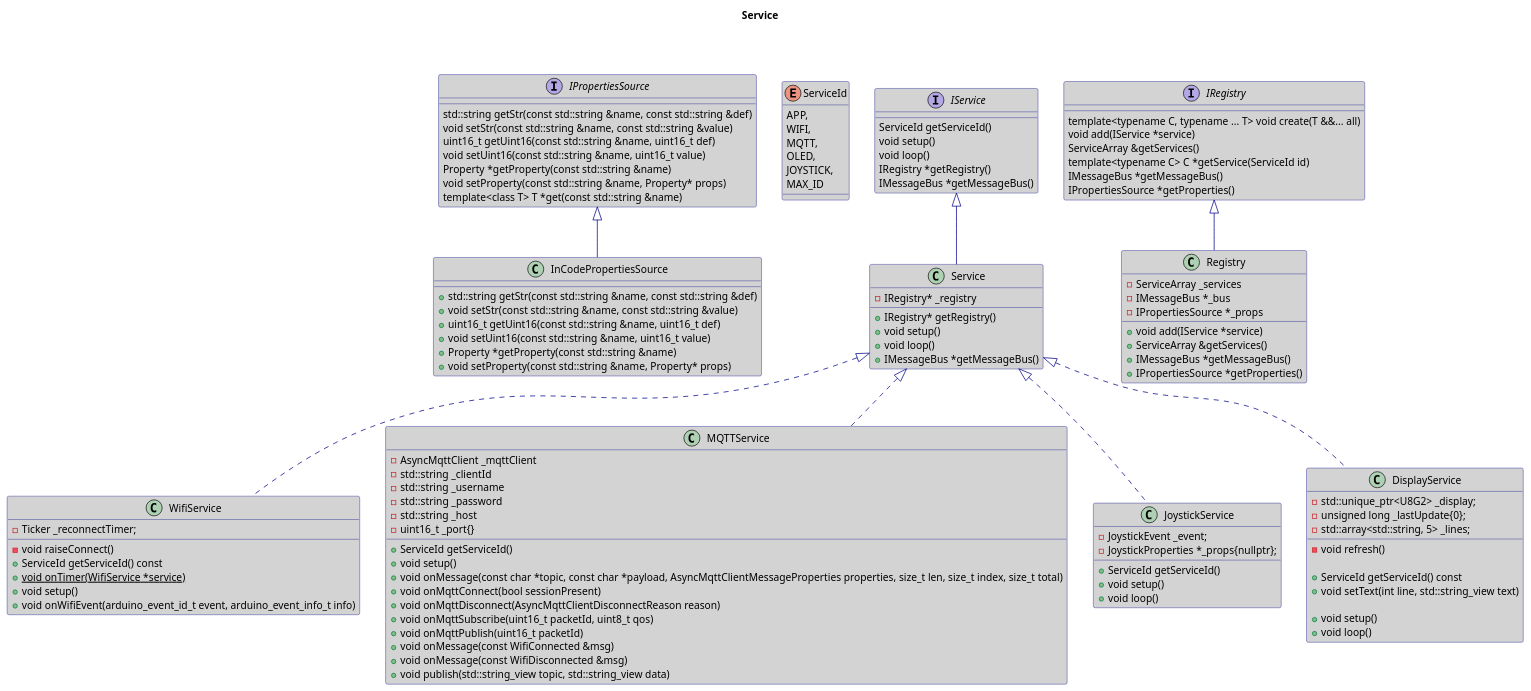
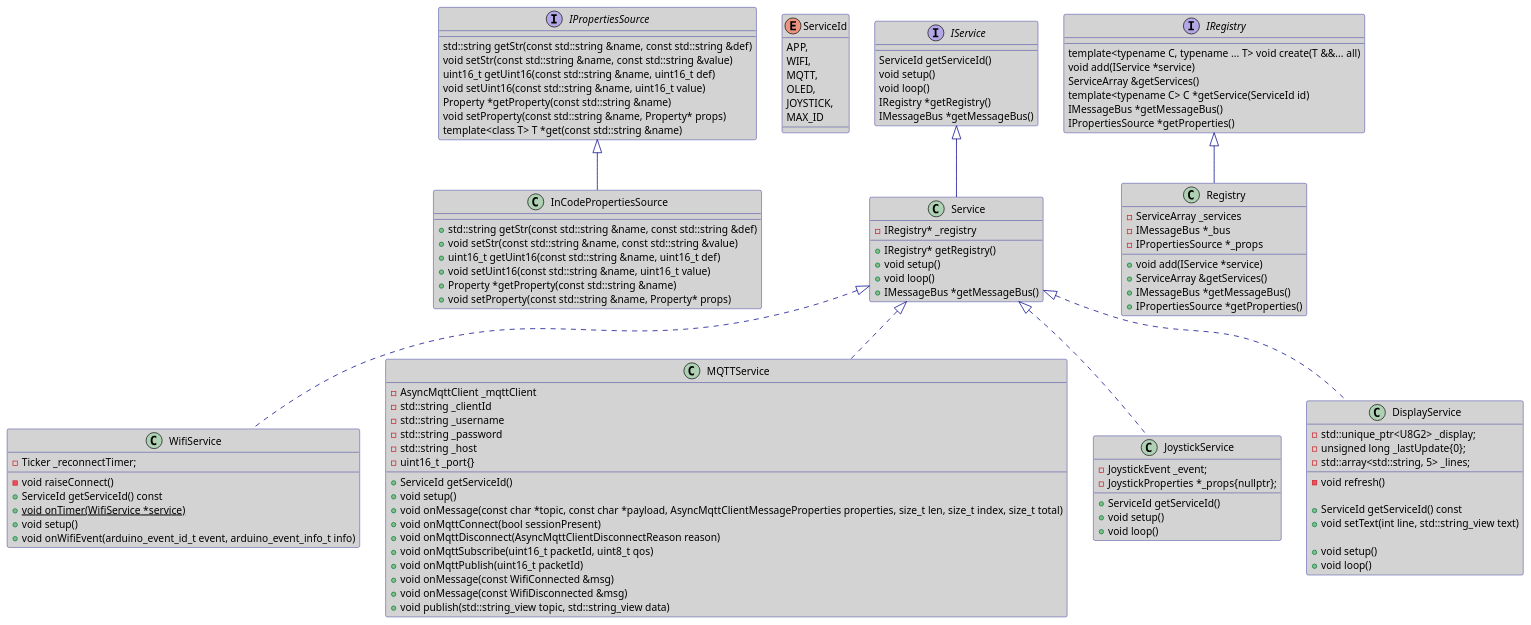
Before and after one commit to darvik80/esp32-core: the diagram in puml/Service.puml, drawn with PlantUML. The commit also changed 3 other files, not shown here.

```diff
--- a/puml/Service.puml
+++ b/puml/Service.puml
@@ -1,141 +1,139 @@
 @startuml
 
 skinparam backgroundColor White
 skinparam classBackgroundColor LightGray
 skinparam arrowColor DarkBlue
 skinparam classBorderColor DarkBlue
-
-title Service
 
 enum ServiceId {
     APP,
     WIFI,
     MQTT,
     OLED,
     JOYSTICK,
     MAX_ID
 }
 
 interface IService {
     ServiceId getServiceId()
     void setup()
     void loop()
     IRegistry *getRegistry()
     IMessageBus *getMessageBus()
 }
 
 interface IPropertiesSource {
     std::string getStr(const std::string &name, const std::string &def)
     void setStr(const std::string &name, const std::string &value)
     uint16_t getUint16(const std::string &name, uint16_t def)
     void setUint16(const std::string &name, uint16_t value)
     Property *getProperty(const std::string &name)
     void setProperty(const std::string &name, Property* props)
     template<class T> T *get(const std::string &name)
 }
 
 interface IRegistry {
     template<typename C, typename ... T> void create(T &&... all)
     void add(IService *service)
     ServiceArray &getServices()
     template<typename C> C *getService(ServiceId id)
     IMessageBus *getMessageBus()
     IPropertiesSource *getProperties()
 }
 
 class Service {
     -IRegistry* _registry
     +IRegistry* getRegistry()
     +void setup()
     +void loop()
     +IMessageBus *getMessageBus()
 }
 
 IService <|-- Service
 
 class InCodePropertiesSource {
     +std::string getStr(const std::string &name, const std::string &def)
     +void setStr(const std::string &name, const std::string &value)
     +uint16_t getUint16(const std::string &name, uint16_t def)
     +void setUint16(const std::string &name, uint16_t value)
     +Property *getProperty(const std::string &name)
     +void setProperty(const std::string &name, Property* props)
 }
 
 IPropertiesSource <|-- InCodePropertiesSource
 
 class Registry {
     -ServiceArray _services
     -IMessageBus *_bus
     -IPropertiesSource *_props
     +void add(IService *service)
     +ServiceArray &getServices()
     +IMessageBus *getMessageBus()
     +IPropertiesSource *getProperties()
 }
 
 IRegistry <|-- Registry
 
 class WifiService {
     -Ticker _reconnectTimer;
     -void raiseConnect()
     +ServiceId getServiceId() const
     +{static} void onTimer(WifiService *service)
     +void setup()
     +void onWifiEvent(arduino_event_id_t event, arduino_event_info_t info)
 }
 
 Service <|.. WifiService
 
 class MQTTService {
     -AsyncMqttClient _mqttClient
     -std::string _clientId
     -std::string _username
     -std::string _password
     -std::string _host
     -uint16_t _port{}
     +ServiceId getServiceId()
     +void setup()
     +void onMessage(const char *topic, const char *payload, AsyncMqttClientMessageProperties properties, size_t len, size_t index, size_t total)
     +void onMqttConnect(bool sessionPresent)
     +void onMqttDisconnect(AsyncMqttClientDisconnectReason reason)
     +void onMqttSubscribe(uint16_t packetId, uint8_t qos)
     +void onMqttPublish(uint16_t packetId)
     +void onMessage(const WifiConnected &msg)
     +void onMessage(const WifiDisconnected &msg)
     +void publish(std::string_view topic, std::string_view data)
 }
 
 Service <|.. MQTTService
 
 class JoystickService {
     -JoystickEvent _event;
     -JoystickProperties *_props{nullptr};
 
     +ServiceId getServiceId()
     +void setup()
     +void loop()
 }
 
 Service <|.. JoystickService
 
 class DisplayService {
     -std::unique_ptr<U8G2> _display;
     -unsigned long _lastUpdate{0};
     -std::array<std::string, 5> _lines;
 
     -void refresh()
 
     +ServiceId getServiceId() const
     +void setText(int line, std::string_view text)
 
     +void setup()
     +void loop()
 }
 
 Service <|.. DisplayService
 
 IPropertiesSource --r[hidden]-> IService
 ServiceId --r[hidden]-> IService
 
 @enduml
```
